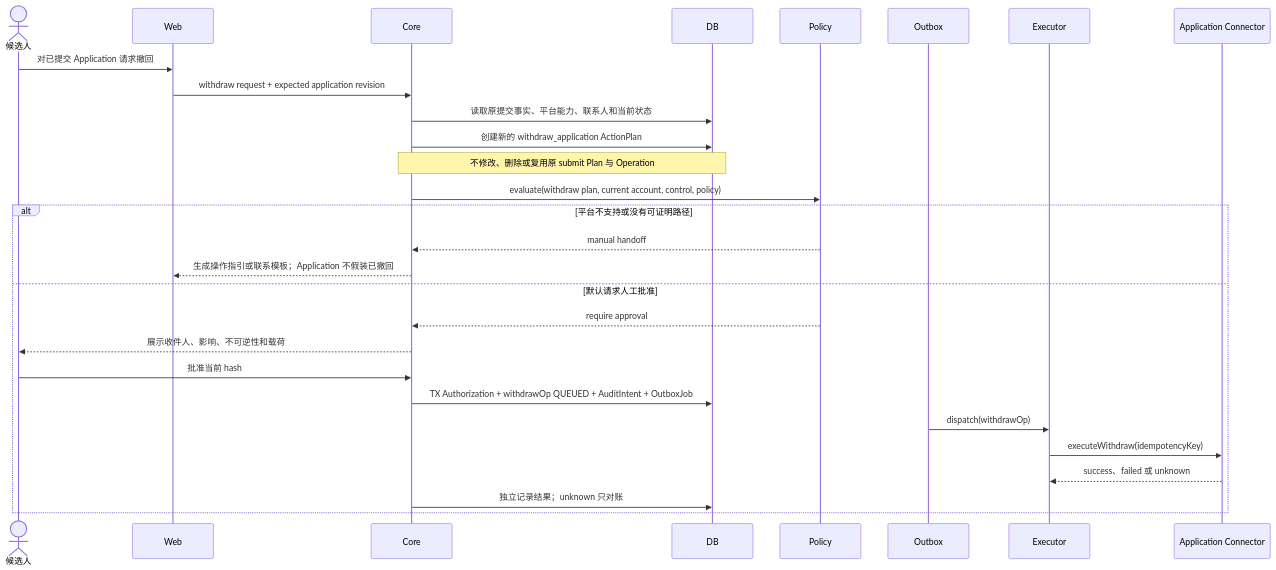
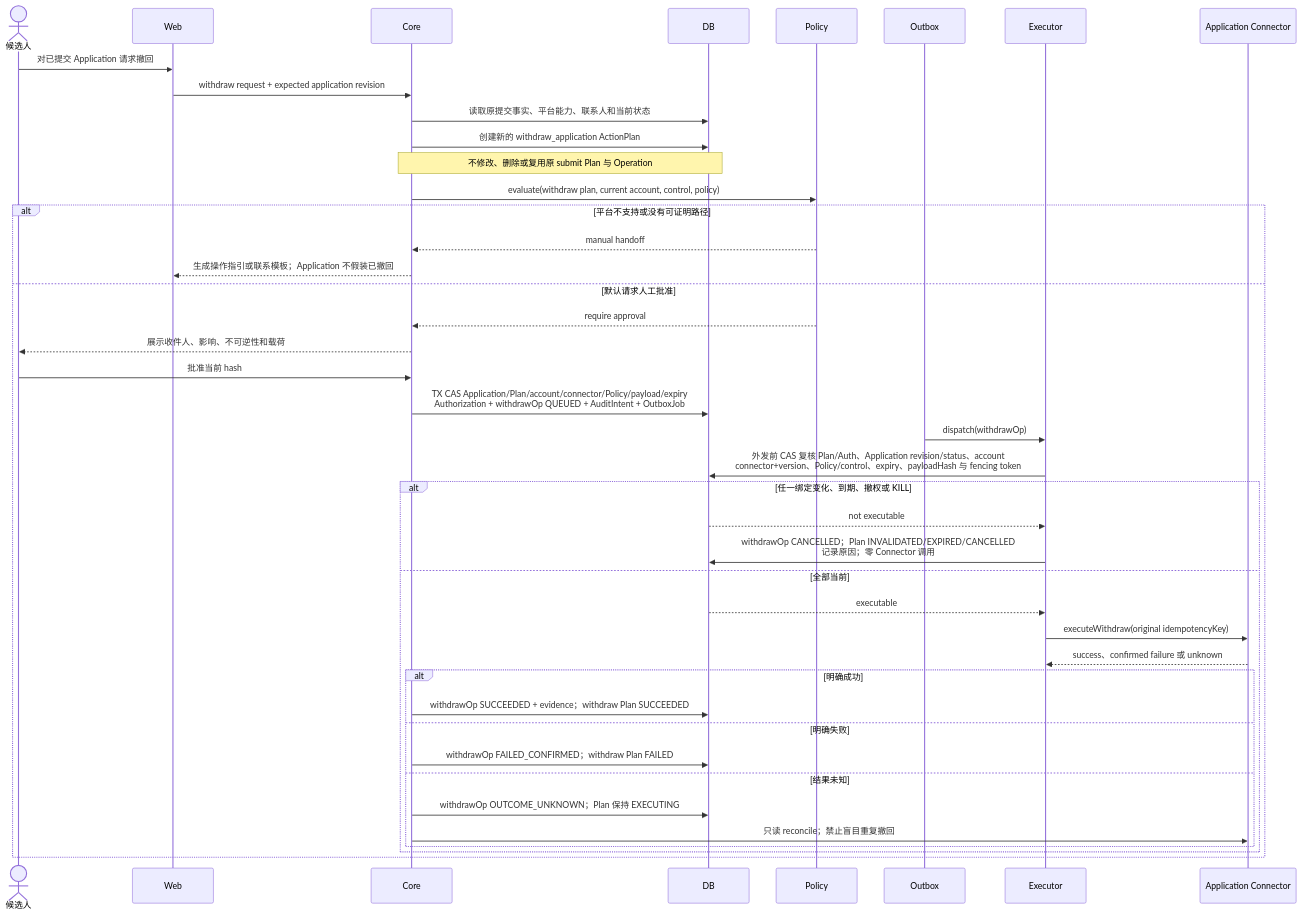
Diagram 18 of 24 in docs/product/uml/05-sequence-flows.md (AnnCYW-cm/rolefox), drawn with Mermaid before and after one commit. The commit also changed other lines of this file and 22 other files, not shown here.

Commit message:
docs: accept v0.1 product and UML baseline

````diff
--- a/docs/product/uml/05-sequence-flows.md
+++ b/docs/product/uml/05-sequence-flows.md
@@ -1084,32 +1694,47 @@
 ```mermaid
 sequenceDiagram
     actor User as 候选人
     participant Web
     participant Core
     participant DB
     participant Policy
     participant Outbox
     participant Executor
     participant Connector as Application Connector
 
     User->>Web: 对已提交 Application 请求撤回
     Web->>Core: withdraw request + expected application revision
     Core->>DB: 读取原提交事实、平台能力、联系人和当前状态
     %% @anchor WITHDRAW_NEW_ACTION_PLAN
     Core->>DB: 创建新的 withdraw_application ActionPlan
     Note over Core,DB: 不修改、删除或复用原 submit Plan 与 Operation
     Core->>Policy: evaluate(withdraw plan, current account, control, policy)
     alt 平台不支持或没有可证明路径
         Policy-->>Core: manual handoff
         Core-->>Web: 生成操作指引或联系模板；Application 不假装已撤回
     else 默认请求人工批准
         Policy-->>Core: require approval
         Core-->>User: 展示收件人、影响、不可逆性和载荷
         User->>Core: 批准当前 hash
-        Core->>DB: TX Authorization + withdrawOp QUEUED + AuditIntent + OutboxJob
+        Core->>DB: TX CAS Application/Plan/account/connector/Policy/payload/expiry<br/>Authorization + withdrawOp QUEUED + AuditIntent + OutboxJob
         Outbox->>Executor: dispatch(withdrawOp)
-        Executor->>Connector: executeWithdraw(idempotencyKey)
-        Connector-->>Executor: success、failed 或 unknown
-        Core->>DB: 独立记录结果；unknown 只对账
+        %% @anchor WITHDRAW_EXECUTION_RECHECK
+        Executor->>DB: 外发前 CAS 复核 Plan/Auth、Application revision/status、account<br/>connector+version、Policy/control、expiry、payloadHash 与 fencing token
+        alt 任一绑定变化、到期、撤权或 KILL
+            DB-->>Executor: not executable
+            Executor->>DB: withdrawOp CANCELLED；Plan INVALIDATED/EXPIRED/CANCELLED<br/>记录原因；零 Connector 调用
+        else 全部当前
+            DB-->>Executor: executable
+            Executor->>Connector: executeWithdraw(original idempotencyKey)
+            Connector-->>Executor: success、confirmed failure 或 unknown
+            alt 明确成功
+                Core->>DB: withdrawOp SUCCEEDED + evidence；withdraw Plan SUCCEEDED
+            else 明确失败
+                Core->>DB: withdrawOp FAILED_CONFIRMED；withdraw Plan FAILED
+            else 结果未知
+                Core->>DB: withdrawOp OUTCOME_UNKNOWN；Plan 保持 EXECUTING
+                Core->>Connector: 只读 reconcile；禁止盲目重复撤回
+            end
+        end
     end
 ```
````
